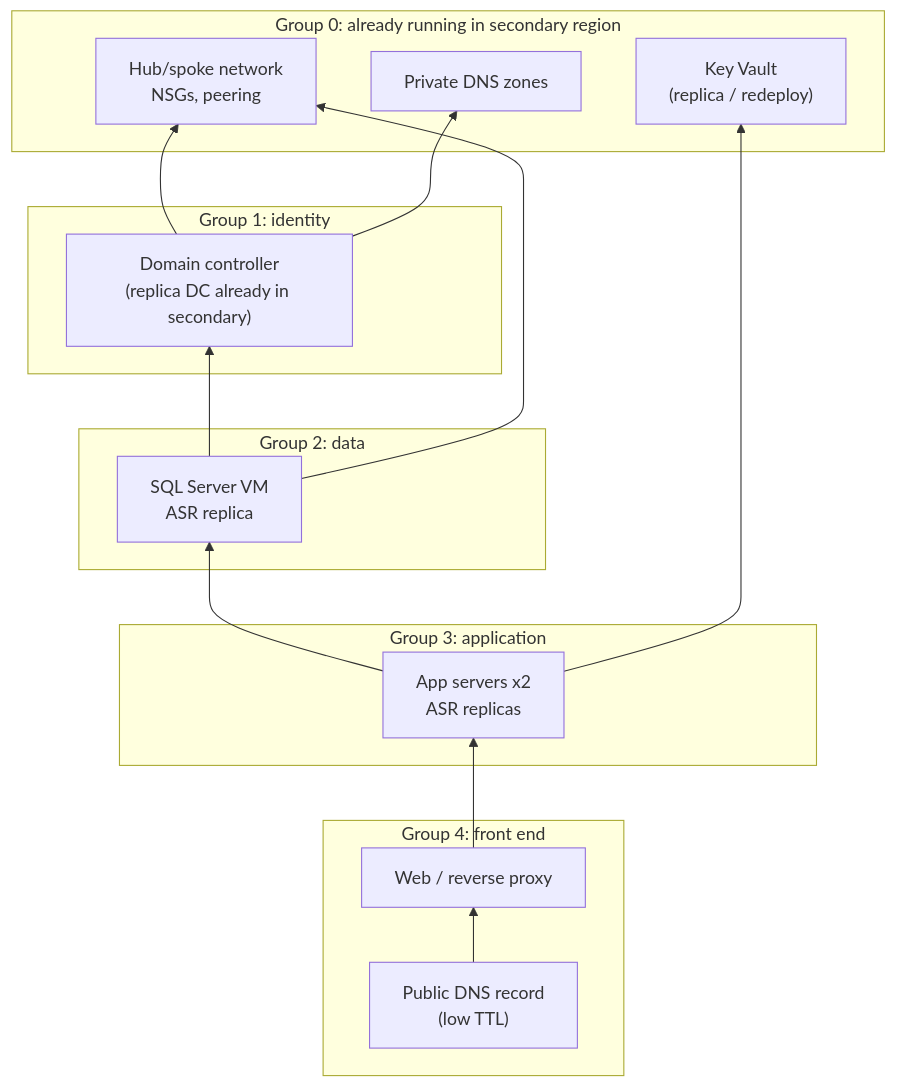
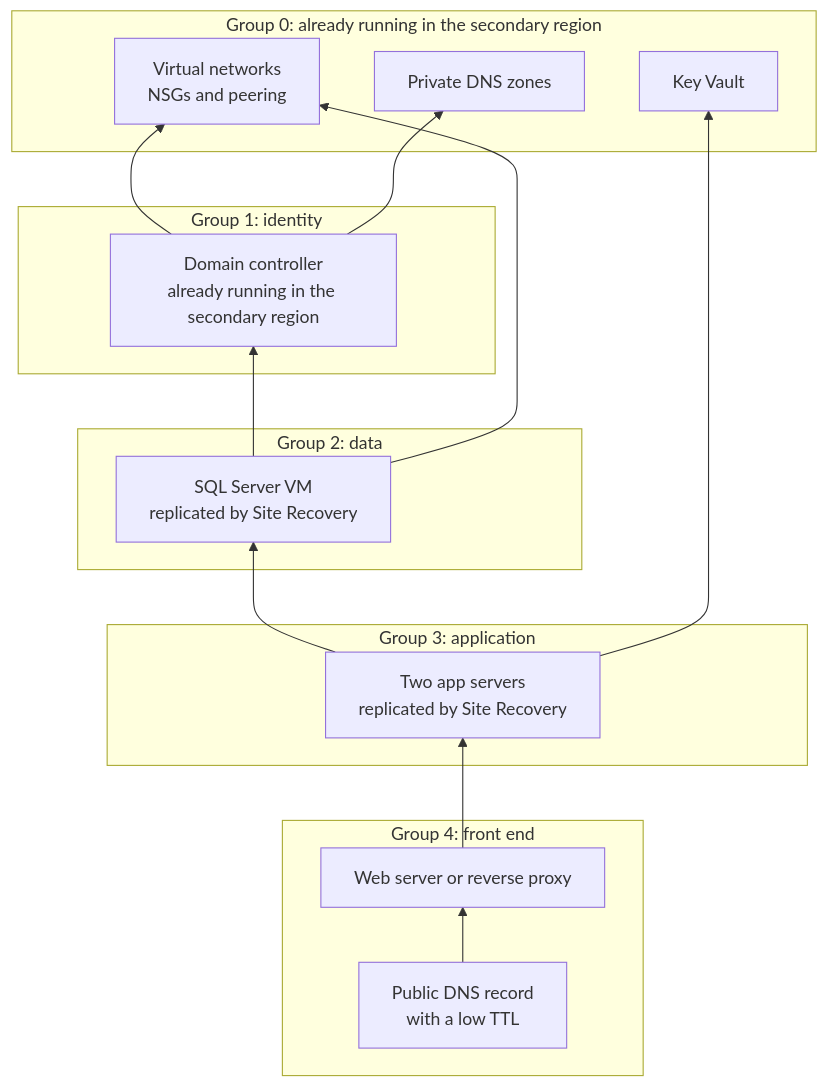
One commit to RaeRucker/azure-site-recovery-failover-testing changed the diagram in docs/dependency-map.md. Above: the diagram before and after it, drawn with Mermaid. The commit also changed other lines of this file and 8 other files, not shown here.

````diff
--- a/docs/dependency-map.md
+++ b/docs/dependency-map.md
@@ -7,29 +9,29 @@
 ```mermaid
 flowchart BT
-    subgraph G0["Group 0: already running in secondary region"]
-        NET["Hub/spoke network<br/>NSGs, peering"]
-        KV["Key Vault<br/>(replica / redeploy)"]
+    subgraph G0["Group 0: already running in the secondary region"]
+        NET["Virtual networks<br/>NSGs and peering"]
+        KV["Key Vault"]
         DNSZ["Private DNS zones"]
     end
     subgraph G1["Group 1: identity"]
-        DC["Domain controller<br/>(replica DC already in secondary)"]
+        DC["Domain controller<br/>already running in the secondary region"]
     end
     subgraph G2["Group 2: data"]
-        SQL["SQL Server VM<br/>ASR replica"]
+        SQL["SQL Server VM<br/>replicated by Site Recovery"]
     end
     subgraph G3["Group 3: application"]
-        APP["App servers x2<br/>ASR replicas"]
+        APP["Two app servers<br/>replicated by Site Recovery"]
     end
     subgraph G4["Group 4: front end"]
-        WEB["Web / reverse proxy"]
-        PUBDNS["Public DNS record<br/>(low TTL)"]
+        WEB["Web server or reverse proxy"]
+        PUBDNS["Public DNS record<br/>with a low TTL"]
     end
     DC --> NET
     DC --> DNSZ
     SQL --> DC
     SQL --> NET
     APP --> SQL
     APP --> KV
     WEB --> APP
     PUBDNS --> WEB
 ```
````
